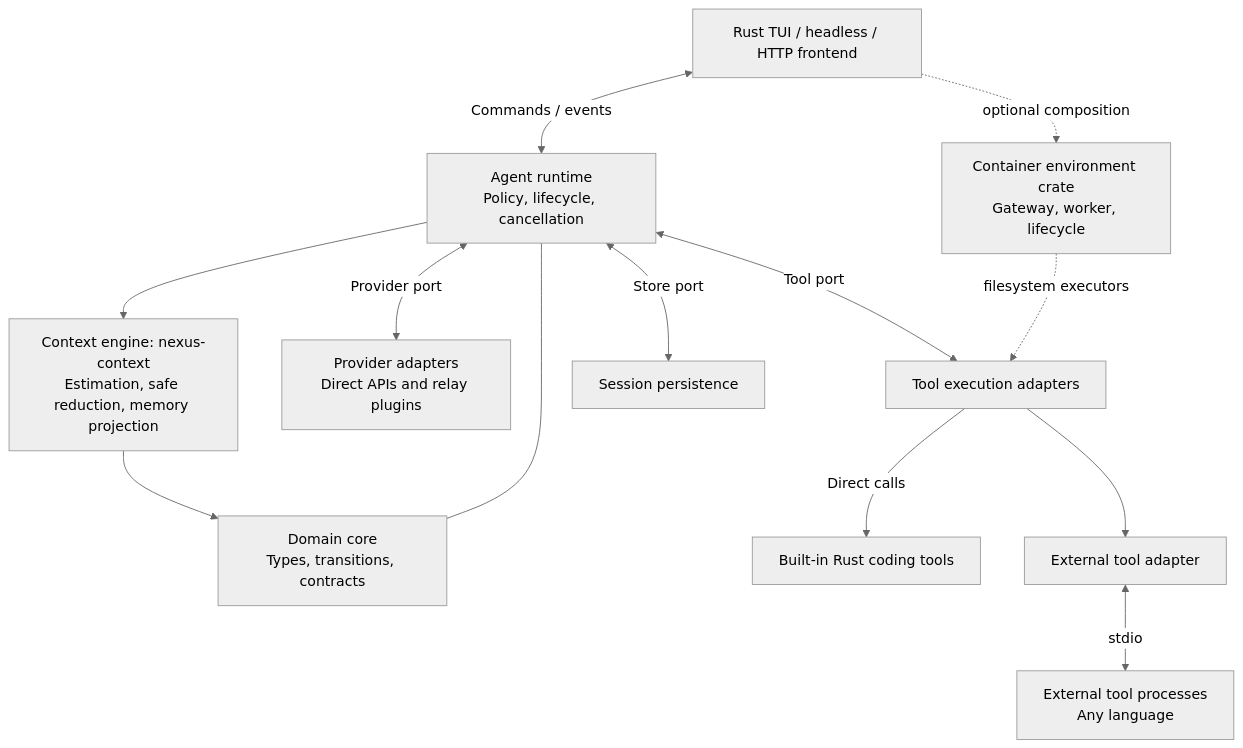
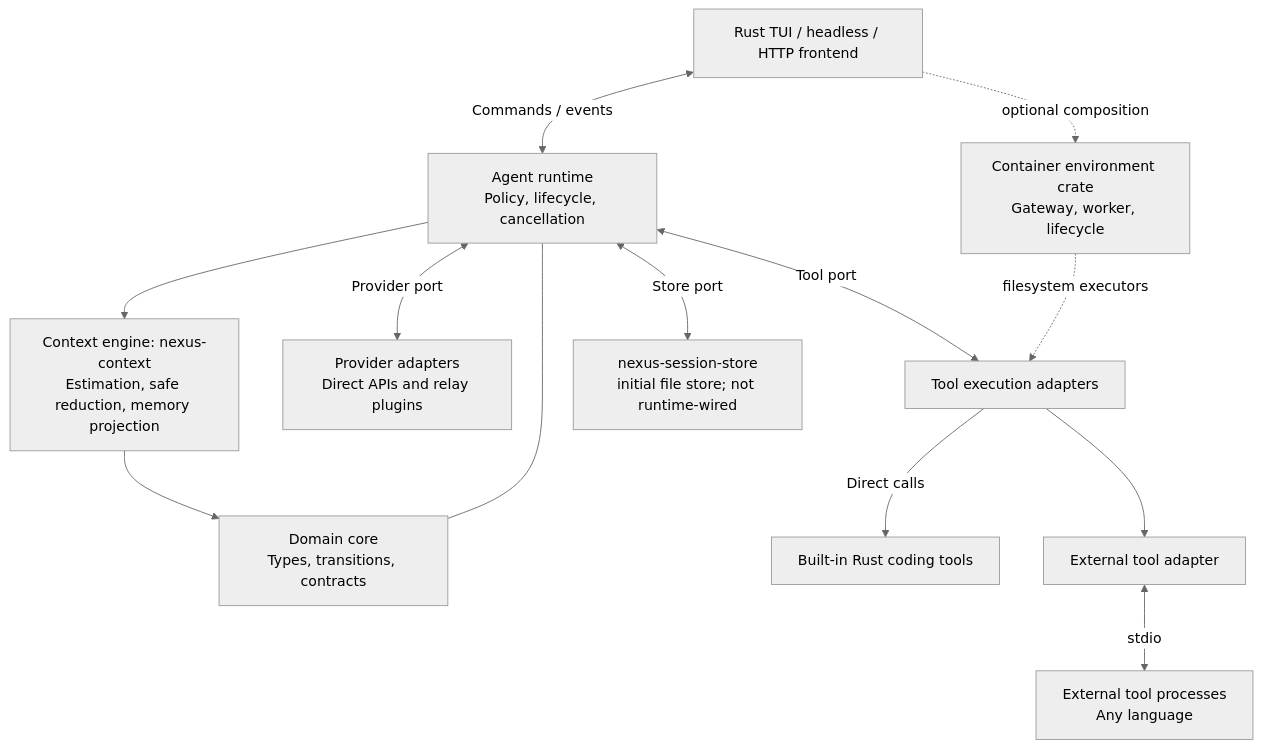
Before and after one commit to immane/nexus-agent: the first of 3 diagrams in README.md, drawn with Mermaid (neutral theme). The commit also changed other lines of this file and 7 other files, not shown here.

````diff
--- a/README.md
+++ b/README.md
@@ -100,27 +101,27 @@
 ```mermaid
 flowchart TB
     Frontend["Rust TUI / headless / HTTP frontend"]
     Core["Domain core<br/>Types, transitions, contracts"]
     Runtime["Agent runtime<br/>Policy, lifecycle, cancellation"]
     Context["Context engine: nexus-context<br/>Estimation, safe reduction, memory projection"]
     Provider["Provider adapters<br/>Direct APIs and relay plugins"]
     Tools["Tool execution adapters"]
     Container["Container environment crate<br/>Gateway, worker, lifecycle"]
-    Store["Session persistence"]
+    Store["nexus-session-store<br/>initial file store; not runtime-wired"]
     Builtin["Built-in Rust coding tools"]
     Bridge["External tool adapter"]
     Plugins["External tool processes<br/>Any language"]
 
     Frontend <-->|Commands / events| Runtime
     Frontend -. "optional composition" .-> Container
     Core --- Runtime
     Runtime --> Context
     Context --> Core
     Runtime <-->|Provider port| Provider
     Runtime <-->|Tool port| Tools
     Container -. "filesystem executors" .-> Tools
     Runtime <-->|Store port| Store
     Tools -->|Direct calls| Builtin
     Tools --> Bridge
     Bridge <-->|stdio| Plugins
 ```
````
